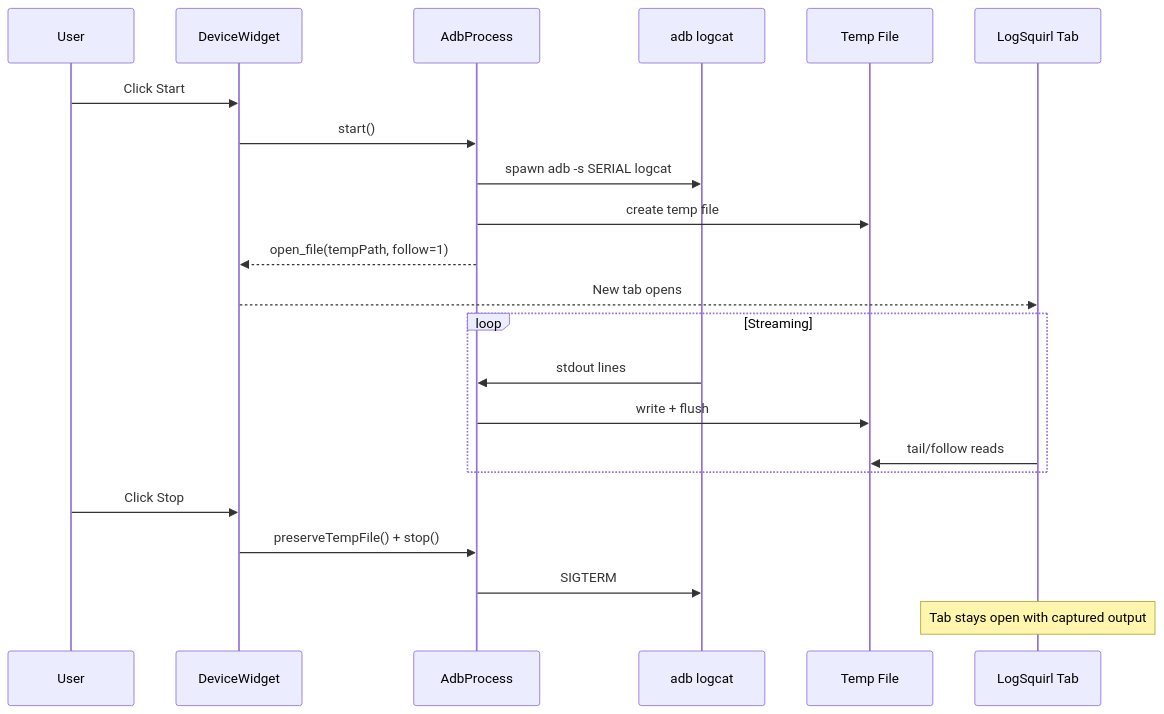
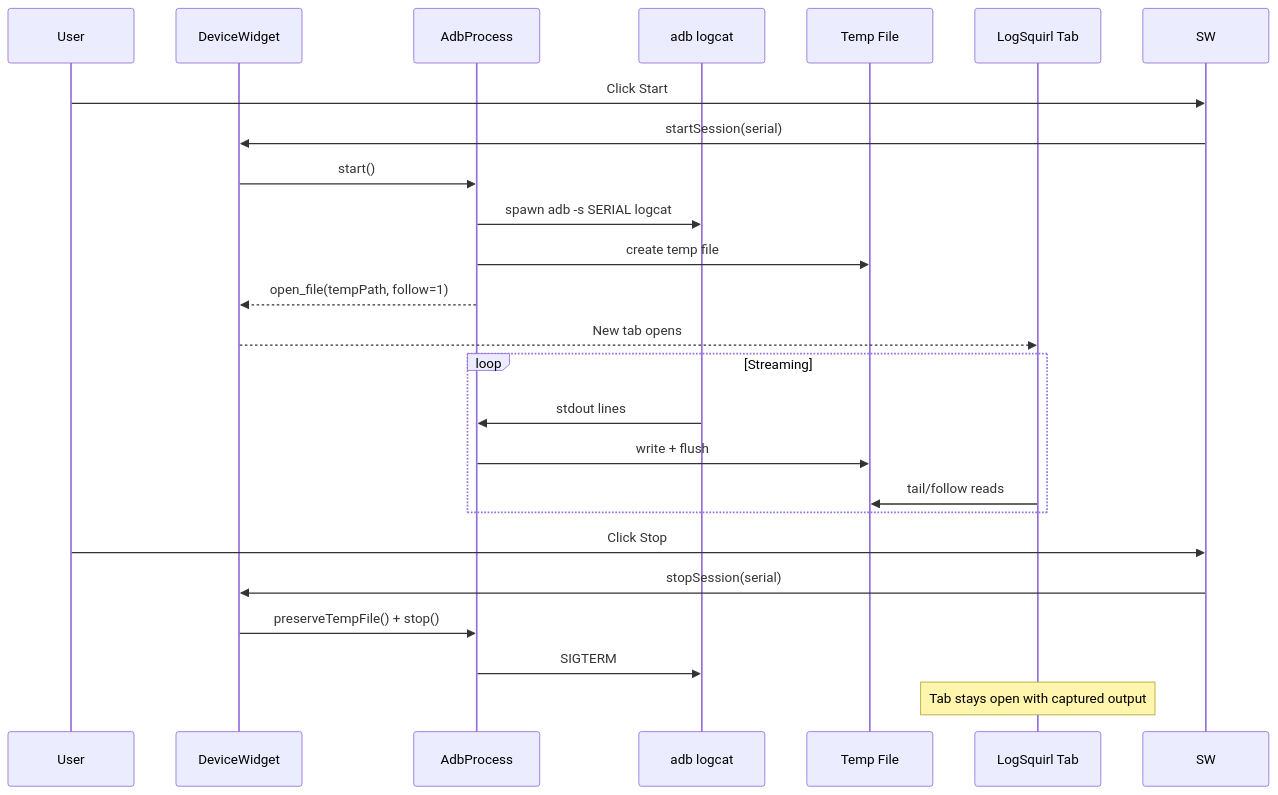
The second of 2 diagrams in README.md (64x-lunicorn/LogSquirl-Logcat), drawn with Mermaid before and after one commit. The commit also changed other lines of this file and 14 other files, not shown here.

````diff
--- a/README.md
+++ b/README.md
@@ -155,25 +168,27 @@
 ```mermaid
 sequenceDiagram
     participant User
     participant DW as DeviceWidget
     participant AP as AdbProcess
     participant ADB as adb logcat
     participant TF as Temp File
     participant LS as LogSquirl Tab
 
-    User->>DW: Click Start
+    User->>SW: Click Start
+    SW->>DW: startSession(serial)
     DW->>AP: start()
     AP->>ADB: spawn adb -s SERIAL logcat
     AP->>TF: create temp file
     AP-->>DW: open_file(tempPath, follow=1)
     DW-->>LS: New tab opens
     loop Streaming
         ADB->>AP: stdout lines
         AP->>TF: write + flush
         LS->>TF: tail/follow reads
     end
-    User->>DW: Click Stop
+    User->>SW: Click Stop
+    SW->>DW: stopSession(serial)
     DW->>AP: preserveTempFile() + stop()
     AP->>ADB: SIGTERM
     Note over LS: Tab stays open with captured output
 ```
````
